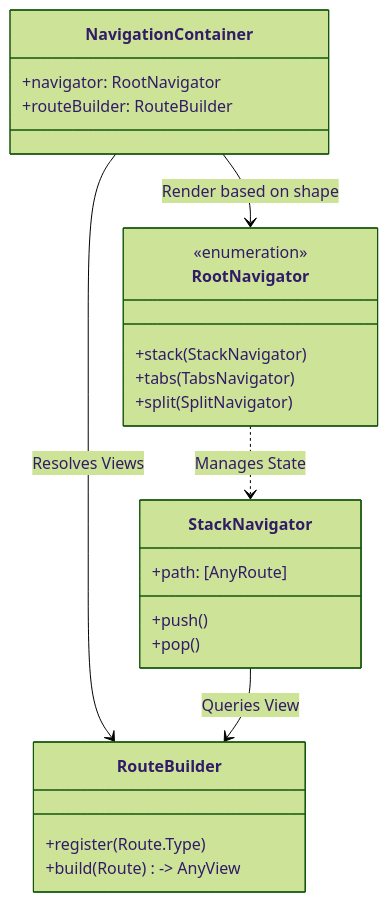
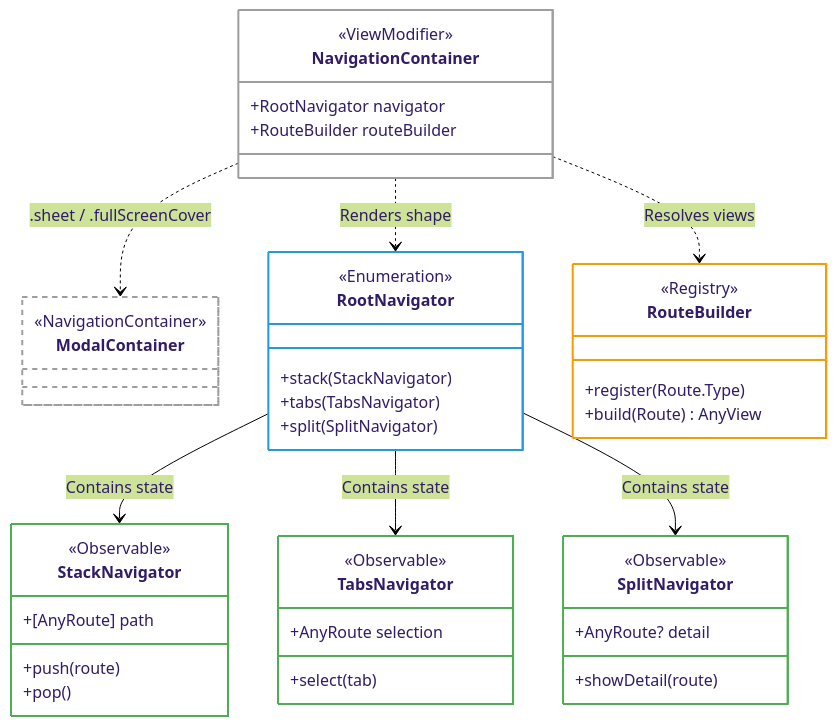
Before and after one commit to LinkAndreas/NavigationKit: the first of 2 diagrams in README.md, drawn with Mermaid (forest theme). The commit also changed other lines of this file and 2 other files, not shown here.

Commit message:
docs: Update architectural diagrams

````diff
--- a/README.md
+++ b/README.md
@@ -158,27 +158,61 @@
 ```mermaid
 classDiagram
+    direction TB
+    
     class NavigationContainer {
-        +navigator: RootNavigator
-        +routeBuilder: RouteBuilder
+        <<ViewModifier>>
+        +RootNavigator navigator
+        +RouteBuilder routeBuilder
     }
+    
+    class ModalContainer {
+        <<NavigationContainer>>
+    }
+    
     class RootNavigator {
-        <<enumeration>>
+        <<Enumeration>>
         +stack(StackNavigator)
         +tabs(TabsNavigator)
         +split(SplitNavigator)
     }
+    
     class StackNavigator {
-        +path: [AnyRoute]
-        +push()
+        <<Observable>>
+        +[AnyRoute] path
+        +push(route)
         +pop()
     }
-    class RouteBuilder {
-        +register(Route.Type)
-        +build(Route) -> AnyView
+
+    class TabsNavigator {
+        <<Observable>>
+        +AnyRoute selection
+        +select(tab)
     }
 
-    NavigationContainer --> RootNavigator : Render based on shape
-    NavigationContainer --> RouteBuilder : Resolves Views
-    RootNavigator ..> StackNavigator : Manages State
-    StackNavigator --> RouteBuilder : Queries View
+    class SplitNavigator {
+        <<Observable>>
+        +AnyRoute? detail
+        +showDetail(route)
+    }
+    
+    class RouteBuilder {
+        <<Registry>>
+        +register(Route.Type)
+        +build(Route) AnyView
+    }
+
+    NavigationContainer ..> ModalContainer : .sheet / .fullScreenCover
+    NavigationContainer ..> RootNavigator : Renders shape
+    NavigationContainer ..> RouteBuilder : Resolves views
+    RootNavigator --> StackNavigator : Contains state
+    RootNavigator --> TabsNavigator : Contains state
+    RootNavigator --> SplitNavigator : Contains state
+    
+    style NavigationContainer fill:transparent,stroke:#9e9e9e,stroke-width:2px
+    style ModalContainer fill:transparent,stroke:#9e9e9e,stroke-width:2px,stroke-dasharray: 5 5
+    style RootNavigator fill:transparent,stroke:#2196f3,stroke-width:2px
+    style StackNavigator fill:transparent,stroke:#4caf50,stroke-width:2px
+    style TabsNavigator fill:transparent,stroke:#4caf50,stroke-width:2px
+    style SplitNavigator fill:transparent,stroke:#4caf50,stroke-width:2px
+    style RouteBuilder fill:transparent,stroke:#ff9800,stroke-width:2px
 ```
````
